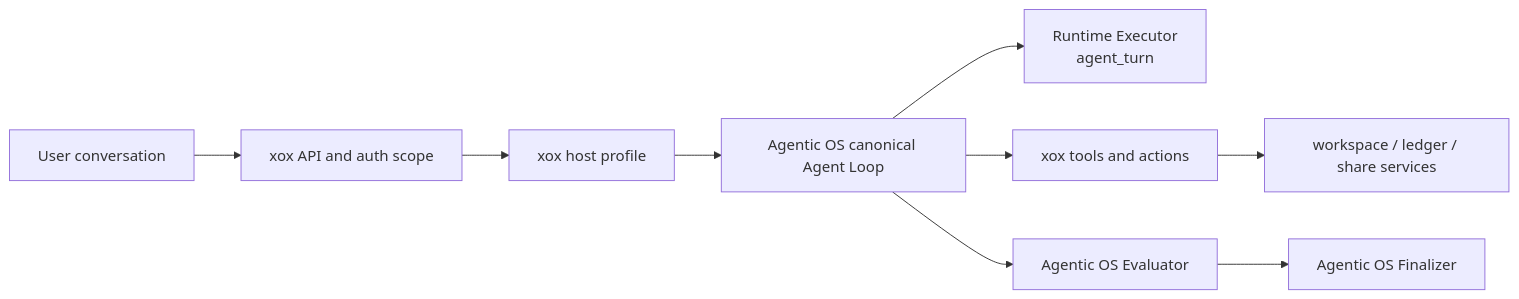
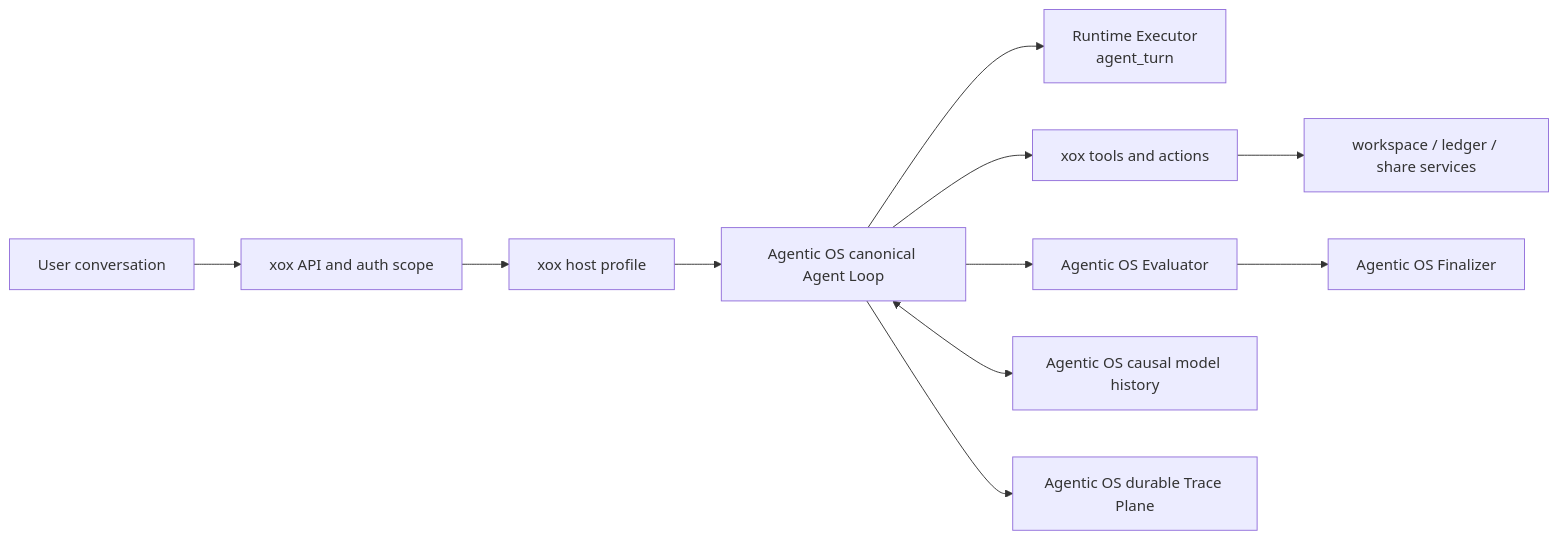
One commit to Suysker/xox-model changed the first of 2 diagrams in docs/agent-design.md. Above: the diagram before and after it, drawn with Mermaid. The commit also changed other lines of this file and 19 other files, not shown here.

````diff
--- a/docs/agent-design.md
+++ b/docs/agent-design.md
@@ -12,11 +12,13 @@
 ```mermaid
 flowchart LR
   USER["User conversation"] --> API["xox API and auth scope"]
   API --> HOST["xox host profile"]
   HOST --> LOOP["Agentic OS canonical Agent Loop"]
   LOOP --> RUNTIME["Runtime Executor<br/>agent_turn"]
   LOOP --> TOOLS["xox tools and actions"]
   LOOP --> EVAL["Agentic OS Evaluator"]
+  LOOP <--> HISTORY["Agentic OS causal model history"]
+  LOOP --> TRACE["Agentic OS durable Trace Plane"]
   EVAL --> FINAL["Agentic OS Finalizer"]
   TOOLS --> DOMAIN["workspace / ledger / share services"]
 ```
````
